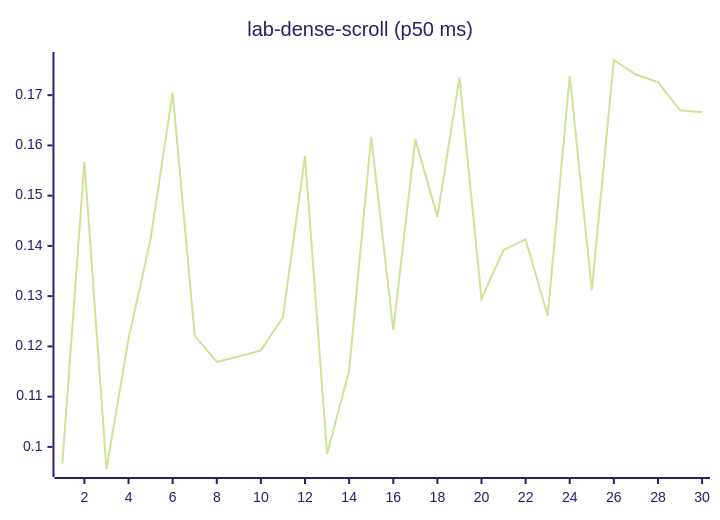
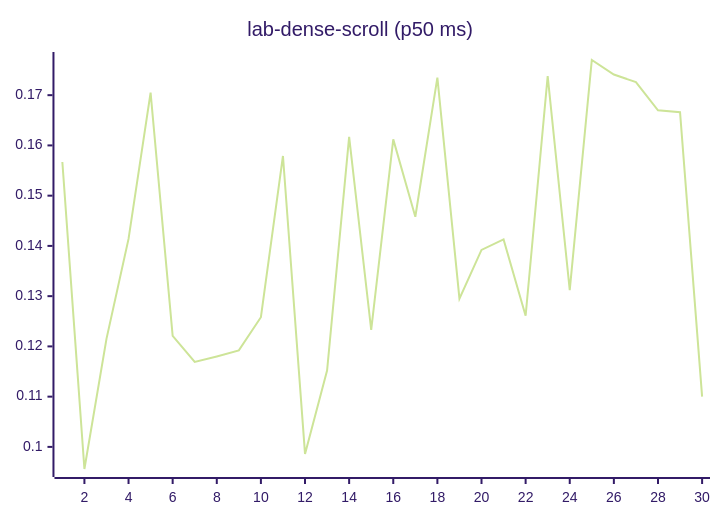
Diagram 12 of 27 in README.md (josha/Facet), drawn with Mermaid (forest theme) before and after one commit. The commit also changed other lines of this file and 2 other files, not shown here.

````diff
--- a/README.md
+++ b/README.md
@@ -140,6 +140,6 @@
 ```mermaid
 xychart-beta
     title "lab-dense-scroll (p50 ms)"
     x-axis 1 --> 30
-    line [0.0967, 0.1567, 0.0956, 0.1215, 0.1414, 0.1705, 0.1221, 0.1169, 0.1180, 0.1192, 0.1258, 0.1579, 0.0986, 0.1152, 0.1617, 0.1233, 0.1612, 0.1458, 0.1735, 0.1295, 0.1392, 0.1413, 0.1261, 0.1738, 0.1312, 0.1770, 0.1741, 0.1726, 0.1670, 0.1666]
+    line [0.1567, 0.0956, 0.1215, 0.1414, 0.1705, 0.1221, 0.1169, 0.1180, 0.1192, 0.1258, 0.1579, 0.0986, 0.1152, 0.1617, 0.1233, 0.1612, 0.1458, 0.1735, 0.1295, 0.1392, 0.1413, 0.1261, 0.1738, 0.1312, 0.1770, 0.1741, 0.1726, 0.1670, 0.1666, 0.1100]
 ```
````
